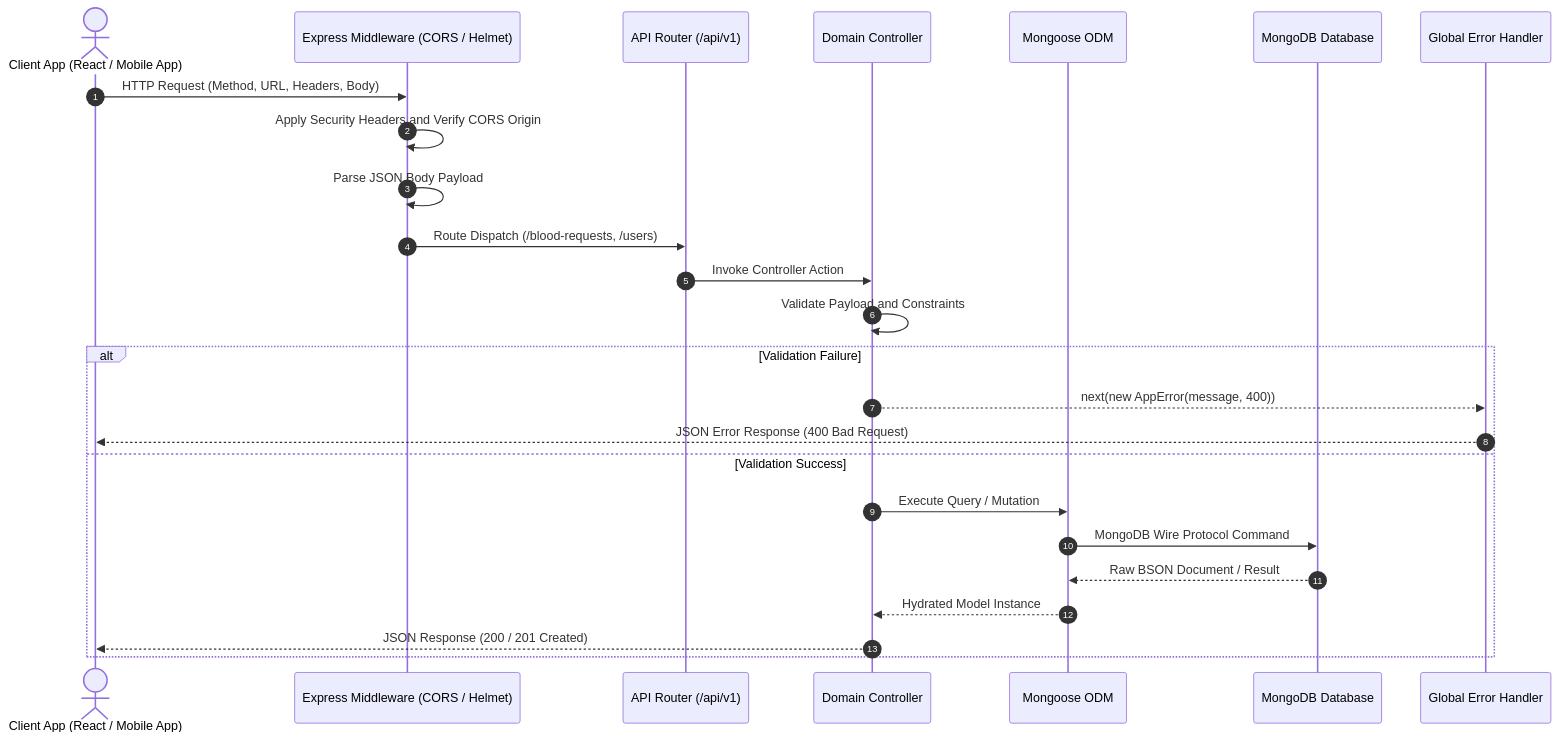
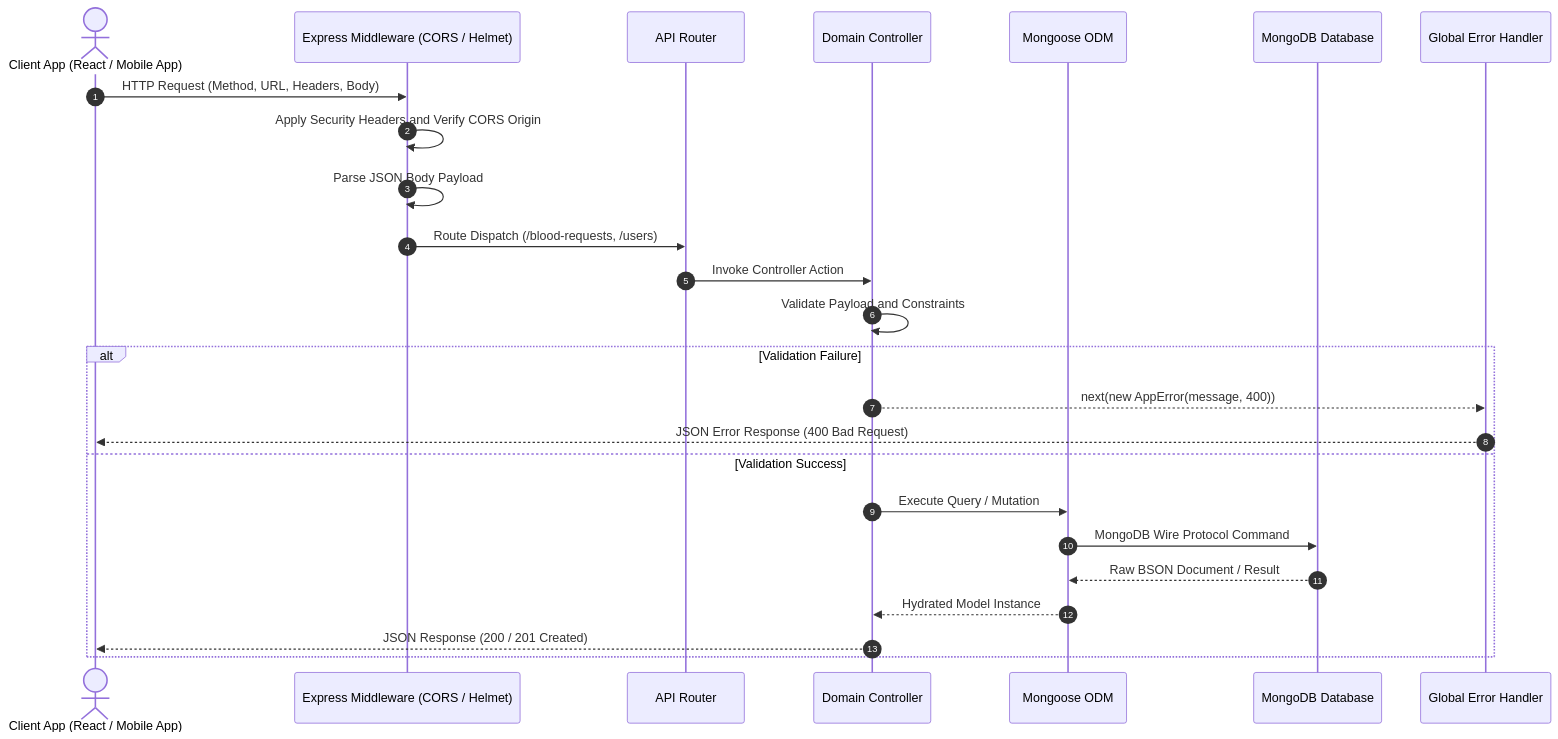
One commit to Next-Gen-Coder-2007/LifeLink-Blood-Donation-and-Emergency-Blood-Matching-System changed the second of 8 diagrams in README.md. Above: the diagram before and after it, drawn with Mermaid. The commit also changed other lines of this file and 1 other file, not shown here.

Commit message:
refactor(backend): remove legacy v1 route prefixes and update api docs

````diff
--- a/README.md
+++ b/README.md
@@ -136,29 +136,29 @@
 ```mermaid
 sequenceDiagram
     autonumber
     actor Client as Client App (React / Mobile App)
     participant MW as Express Middleware (CORS / Helmet)
-    participant Router as API Router (/api/v1)
+    participant Router as API Router
     participant Controller as Domain Controller
     participant Model as Mongoose ODM
     participant DB as MongoDB Database
     participant ErrorMW as Global Error Handler
 
     Client->>MW: HTTP Request (Method, URL, Headers, Body)
     MW->>MW: Apply Security Headers and Verify CORS Origin
     MW->>MW: Parse JSON Body Payload
     MW->>Router: Route Dispatch (/blood-requests, /users)
     Router->>Controller: Invoke Controller Action
     Controller->>Controller: Validate Payload and Constraints
 
     alt Validation Failure
         Controller-->>ErrorMW: next(new AppError(message, 400))
         ErrorMW-->>Client: JSON Error Response (400 Bad Request)
     else Validation Success
         Controller->>Model: Execute Query / Mutation
         Model->>DB: MongoDB Wire Protocol Command
         DB-->>Model: Raw BSON Document / Result
         Model-->>Controller: Hydrated Model Instance
         Controller-->>Client: JSON Response (200 / 201 Created)
     end
 ```
````
